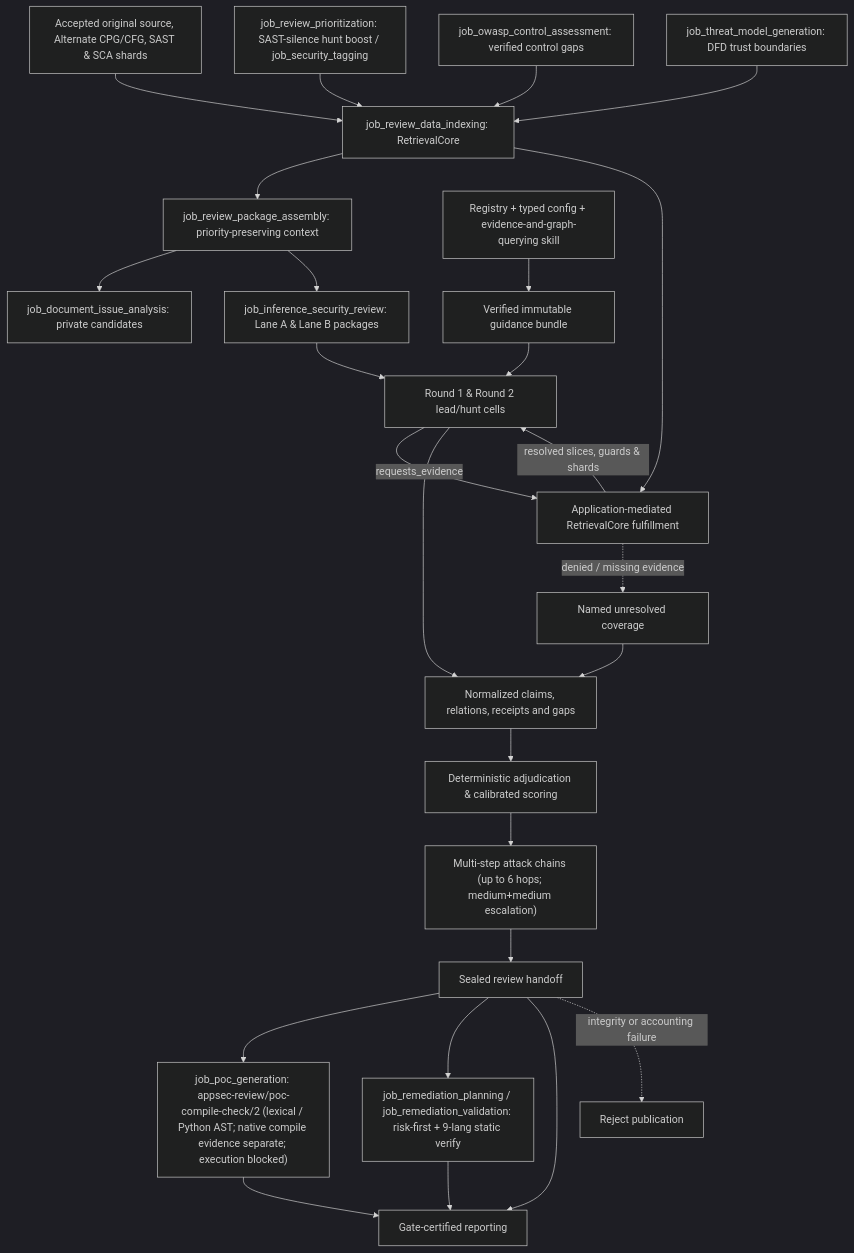
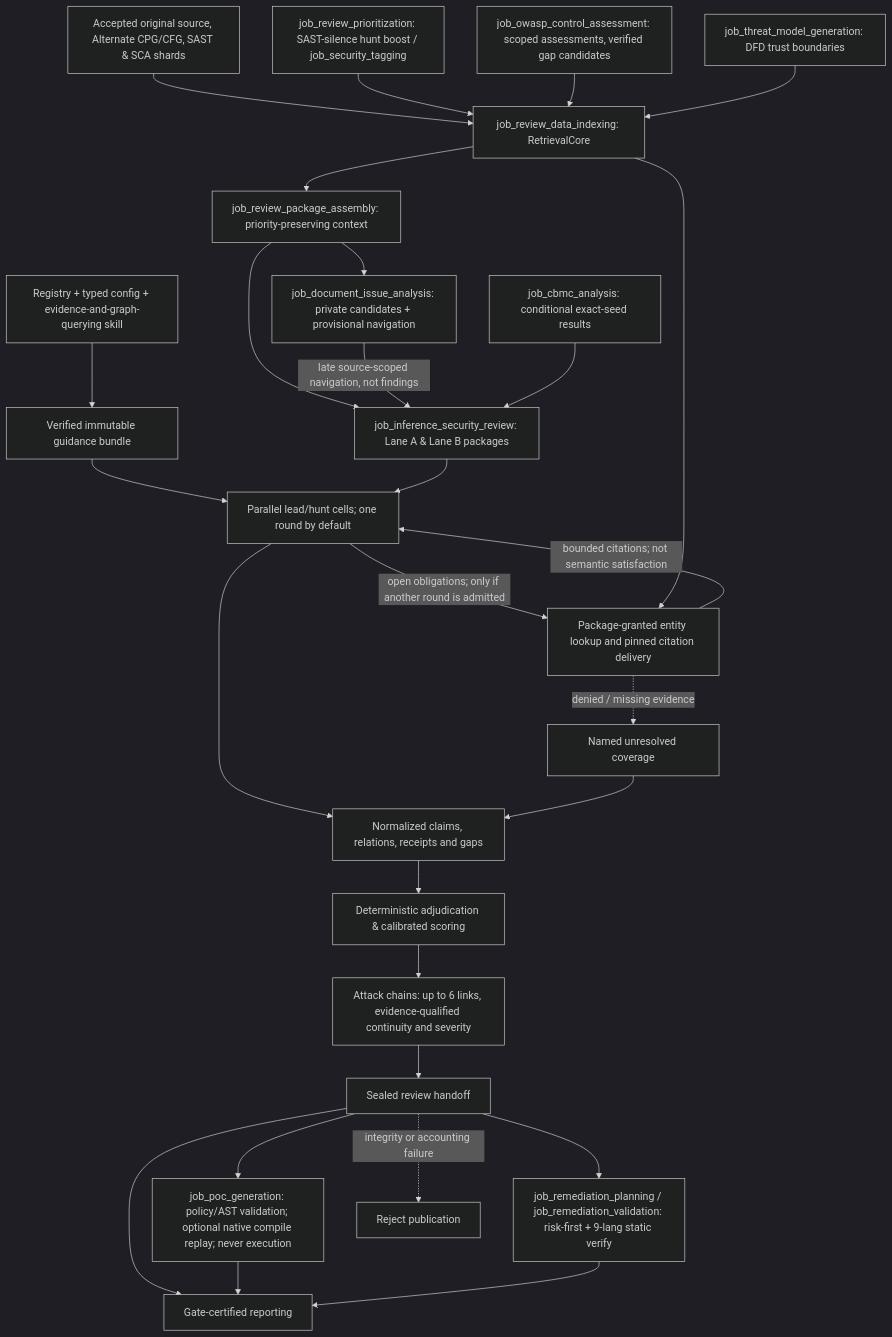
One commit to wsollers/appsec-review changed the diagram in docs/architecture/review-inference-and-guidance.md. Above: the diagram before and after it, drawn with Mermaid (dark theme). The commit also changed other lines of this file and 24 other files, not shown here.

First line of the commit message:
Reconcile review and evidence architecture documentation

````diff
--- a/docs/architecture/review-inference-and-guidance.md
+++ b/docs/architecture/review-inference-and-guidance.md
@@ -297,28 +307,30 @@
 ```mermaid
 flowchart TD
   evidence["Accepted original source, Alternate CPG/CFG, SAST & SCA shards"] --> indexing["job_review_data_indexing: RetrievalCore"]
   routing["job_review_prioritization: SAST-silence hunt boost / job_security_tagging"] --> indexing
-  owasp["job_owasp_control_assessment: verified control gaps"] --> indexing
+  owasp["job_owasp_control_assessment: scoped assessments, verified gap candidates"] --> indexing
   model["job_threat_model_generation: DFD trust boundaries"] --> indexing
   indexing --> upstream["job_review_package_assembly: priority-preserving context"]
-  upstream --> private["job_document_issue_analysis: private candidates"]
+  upstream --> private["job_document_issue_analysis: private candidates + provisional navigation"]
   upstream --> packages["job_inference_security_review: Lane A & Lane B packages"]
+  private -->|"late source-scoped navigation, not findings"| packages
+  cbmc["job_cbmc_analysis: conditional exact-seed results"] --> packages
   registry["Registry + typed config + evidence-and-graph-querying skill"] --> bundle["Verified immutable guidance bundle"]
-  bundle --> cells["Round 1 & Round 2 lead/hunt cells"]
+  bundle --> cells["Parallel lead/hunt cells; one round by default"]
   packages --> cells
-  cells -->|requests_evidence| retrieve["Application-mediated RetrievalCore fulfillment"]
+  cells -->|"open obligations; only if another round is admitted"| retrieve["Package-granted entity lookup and pinned citation delivery"]
   indexing --> retrieve
-  retrieve -->|resolved slices, guards & shards| cells
+  retrieve -->|"bounded citations; not semantic satisfaction"| cells
   cells --> ledger["Normalized claims, relations, receipts and gaps"]
   ledger --> decide["Deterministic adjudication & calibrated scoring"]
-  decide --> chains["Multi-step attack chains (up to 6 hops; medium+medium escalation)"]
+  decide --> chains["Attack chains: up to 6 links, evidence-qualified continuity and severity"]
   chains --> published["Sealed review handoff"]
-  published --> poc["job_poc_generation: appsec-review/poc-compile-check/2 (lexical / Python AST; native compile evidence separate; execution blocked)"]
+  published --> poc["job_poc_generation: policy/AST validation; optional native compile replay; never execution"]
   published --> rem["job_remediation_planning / job_remediation_validation: risk-first + 9-lang static verify"]
   published --> reporting["Gate-certified reporting"]
   poc --> reporting
   rem --> reporting
   retrieve -. "denied / missing evidence" .-> gaps["Named unresolved coverage"]
   gaps --> ledger
   published -. "integrity or accounting failure" .-> reject["Reject publication"]
 ```
````
